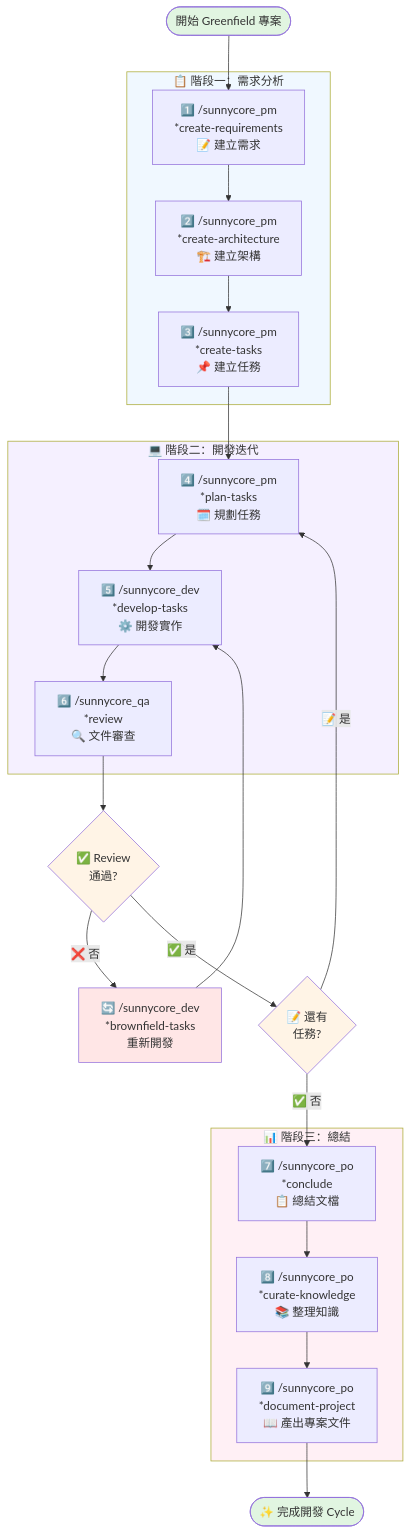
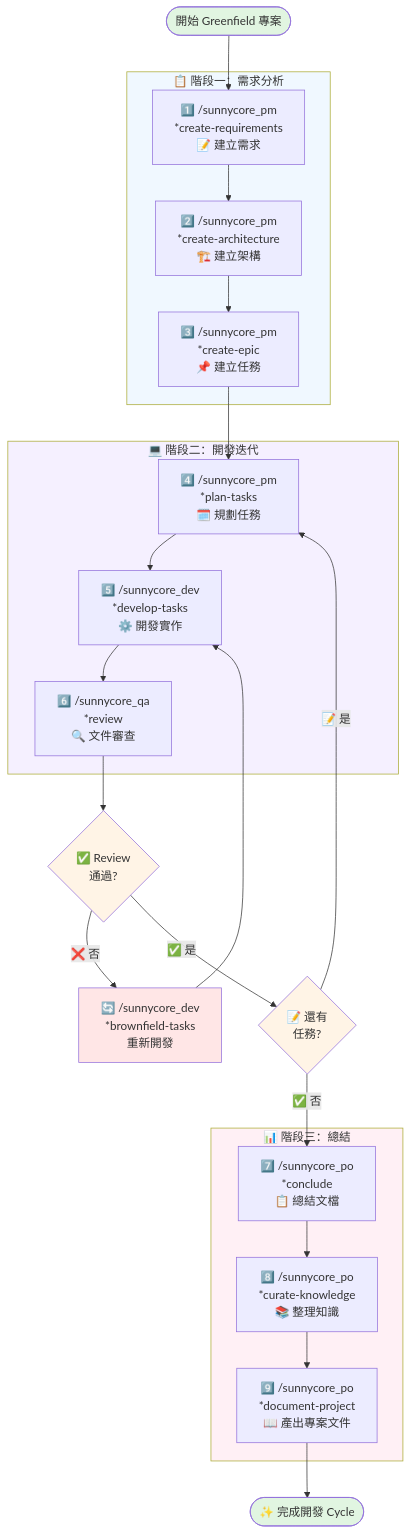
The first of 2 diagrams in claude code/README.md (Yamiyorunoshura/sunnycore), drawn with Mermaid before and after one commit. The commit also changed other lines of this file and 6 other files, not shown here.

First line of the commit message:
refactor(commands): rename create-tasks to create-epic

````diff
--- a/claude code/README.md
+++ b/claude code/README.md
@@ -80,49 +80,49 @@
 ```mermaid
 flowchart TD
     Start([開始 Greenfield 專案]) --> A1
     
     subgraph Phase1 ["📋 階段一：需求分析"]
         A1["1️⃣ /sunnycore_pm<br/>*create-requirements<br/>📝 建立需求"]
         A2["2️⃣ /sunnycore_pm<br/>*create-architecture<br/>🏗️ 建立架構"]
-        A3["3️⃣ /sunnycore_pm<br/>*create-tasks<br/>📌 建立任務"]
+        A3["3️⃣ /sunnycore_pm<br/>*create-epic<br/>📌 建立任務"]
         A1 --> A2 --> A3
     end
     
     subgraph Phase2 ["💻 階段二：開發迭代"]
         B1["4️⃣ /sunnycore_pm<br/>*plan-tasks<br/>🗓️ 規劃任務"]
         B2["5️⃣ /sunnycore_dev<br/>*develop-tasks<br/>⚙️ 開發實作"]
         B3["6️⃣ /sunnycore_qa<br/>*review<br/>🔍 文件審查"]
         B1 --> B2 --> B3
     end
     
     D1{"✅ Review<br/>通過?"}
     D2{"📝 還有<br/>任務?"}
     R1["🔄 /sunnycore_dev<br/>*brownfield-tasks<br/>重新開發"]
     
     subgraph Phase3 ["📊 階段三：總結"]
         C1["7️⃣ /sunnycore_po<br/>*conclude<br/>📋 總結文檔"]
         C2["8️⃣ /sunnycore_po<br/>*curate-knowledge<br/>📚 整理知識"]
         C3["9️⃣ /sunnycore_po<br/>*document-project<br/>📖 產出專案文件"]
         C1 --> C2 --> C3
     end
     
     Done([✨ 完成開發 Cycle])
     
     A3 --> B1
     B3 --> D1
     D1 -->|"❌ 否"| R1
     R1 --> B2
     D1 -->|"✅ 是"| D2
     D2 -->|"📝 是"| B1
     D2 -->|"✅ 否"| C1
     C3 --> Done
     
     style Start fill:#e1f5e1
     style Done fill:#e1f5e1
     style D1 fill:#fff4e6
     style D2 fill:#fff4e6
     style R1 fill:#ffe6e6
     style Phase1 fill:#f0f8ff
     style Phase2 fill:#f5f0ff
     style Phase3 fill:#fff0f5
 ```
````
